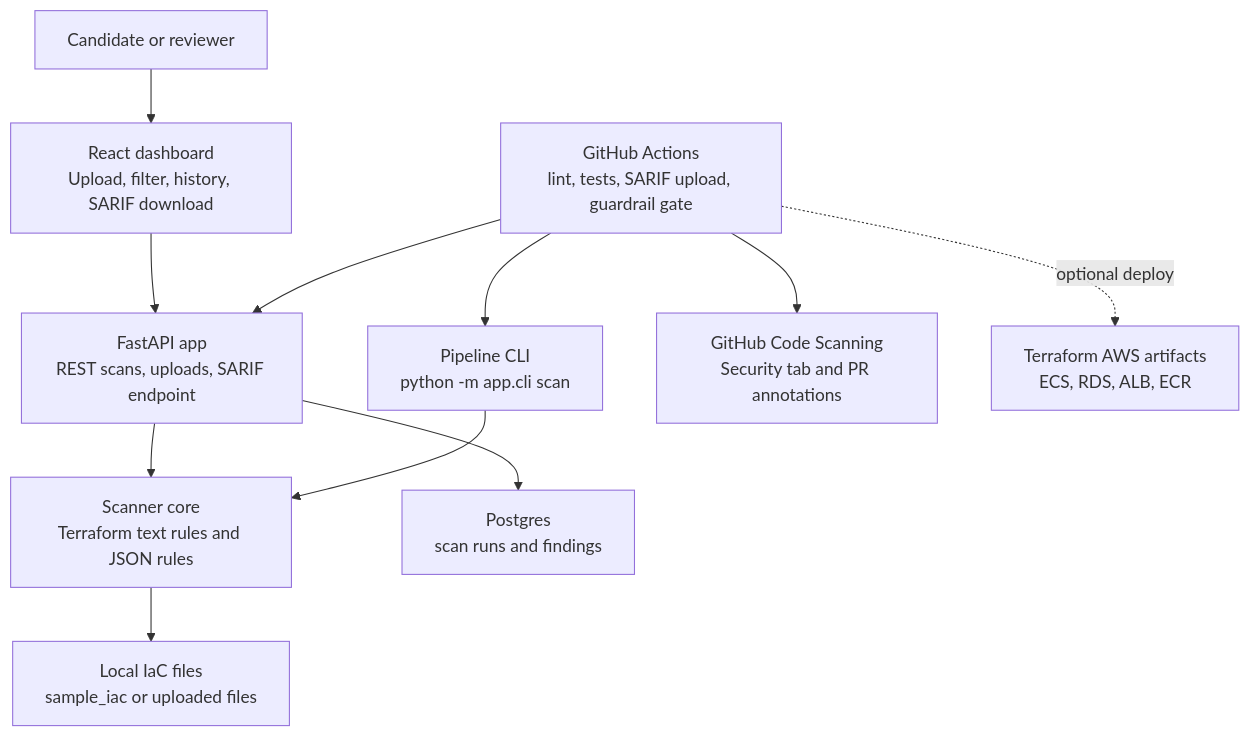
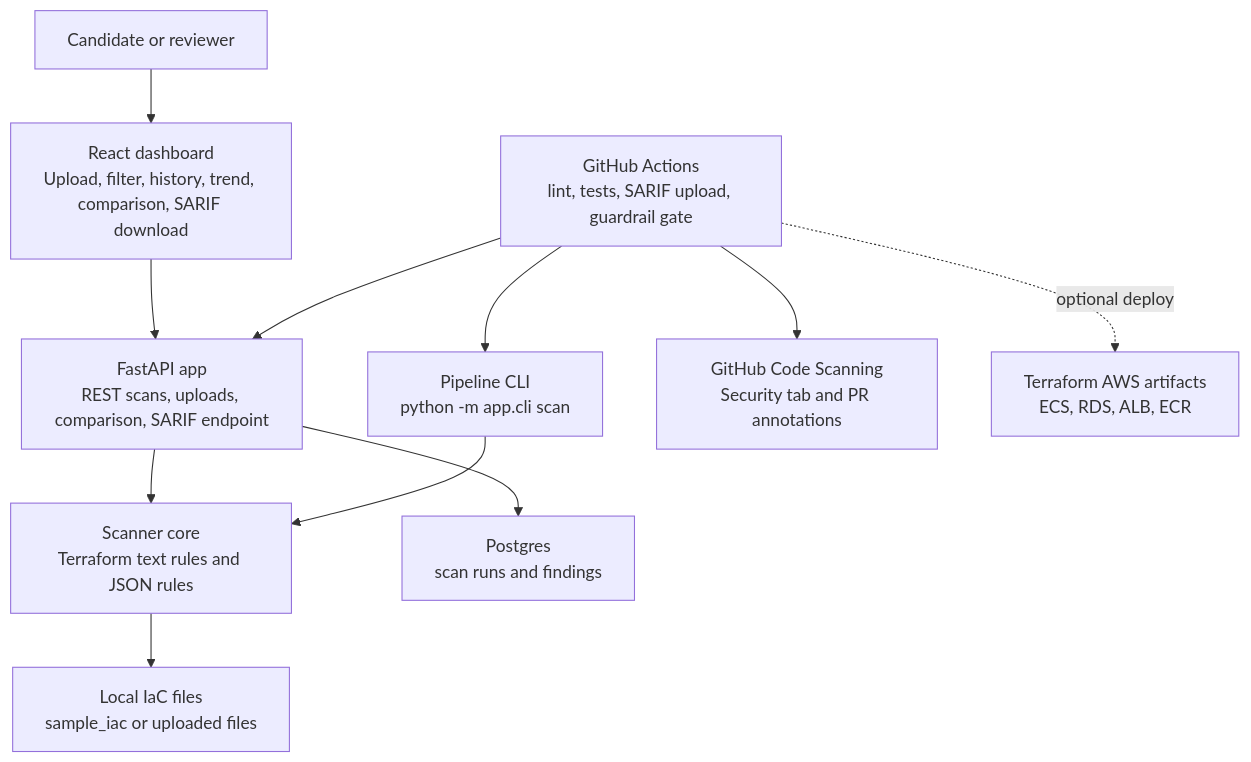
One commit to damogallagher/andela changed the diagram in README.md. Above: the diagram before and after it, drawn with Mermaid. The commit also changed other lines of this file and 10 other files, not shown here.

Commit message:
Add scan trend and comparison dashboard

````diff
--- a/README.md
+++ b/README.md
@@ -25,24 +25,24 @@
 ```mermaid
 flowchart TB
   reviewer["Candidate or reviewer"]
-  browser["React dashboard<br/>Upload, filter, history, SARIF download"]
-  api["FastAPI app<br/>REST scans, uploads, SARIF endpoint"]
+  browser["React dashboard<br/>Upload, filter, history, trend, comparison, SARIF download"]
+  api["FastAPI app<br/>REST scans, uploads, comparison, SARIF endpoint"]
   cli["Pipeline CLI<br/>python -m app.cli scan"]
   scanner["Scanner core<br/>Terraform text rules and JSON rules"]
   db["Postgres<br/>scan runs and findings"]
   files["Local IaC files<br/>sample_iac or uploaded files"]
   ci["GitHub Actions<br/>lint, tests, SARIF upload, guardrail gate"]
   codeScanning["GitHub Code Scanning<br/>Security tab and PR annotations"]
   terraform["Terraform AWS artifacts<br/>ECS, RDS, ALB, ECR"]
 
   reviewer --> browser
   browser --> api
   api --> scanner
   api --> db
   scanner --> files
   ci --> cli
   cli --> scanner
   ci --> api
   ci --> codeScanning
   ci -. optional deploy .-> terraform
 ```
````
